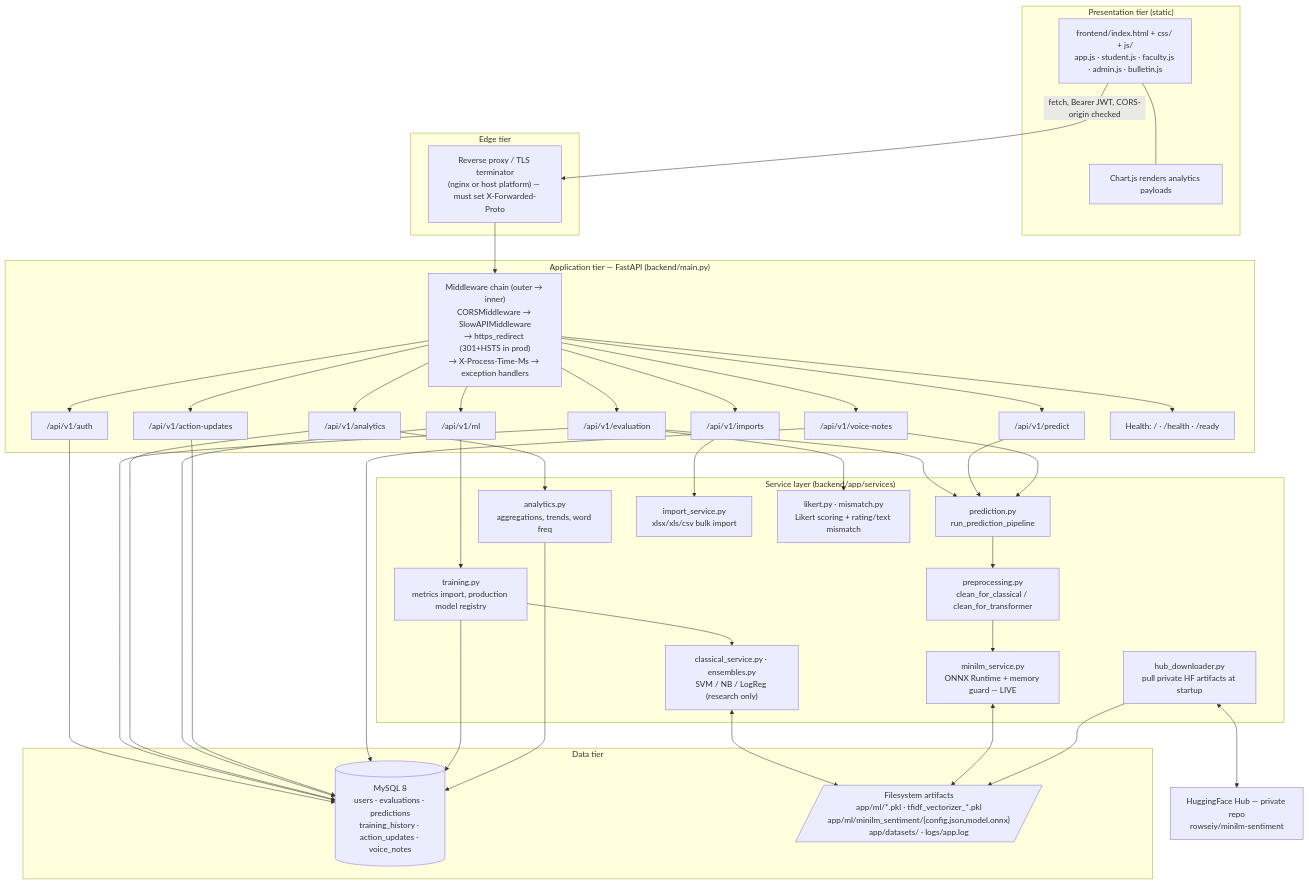
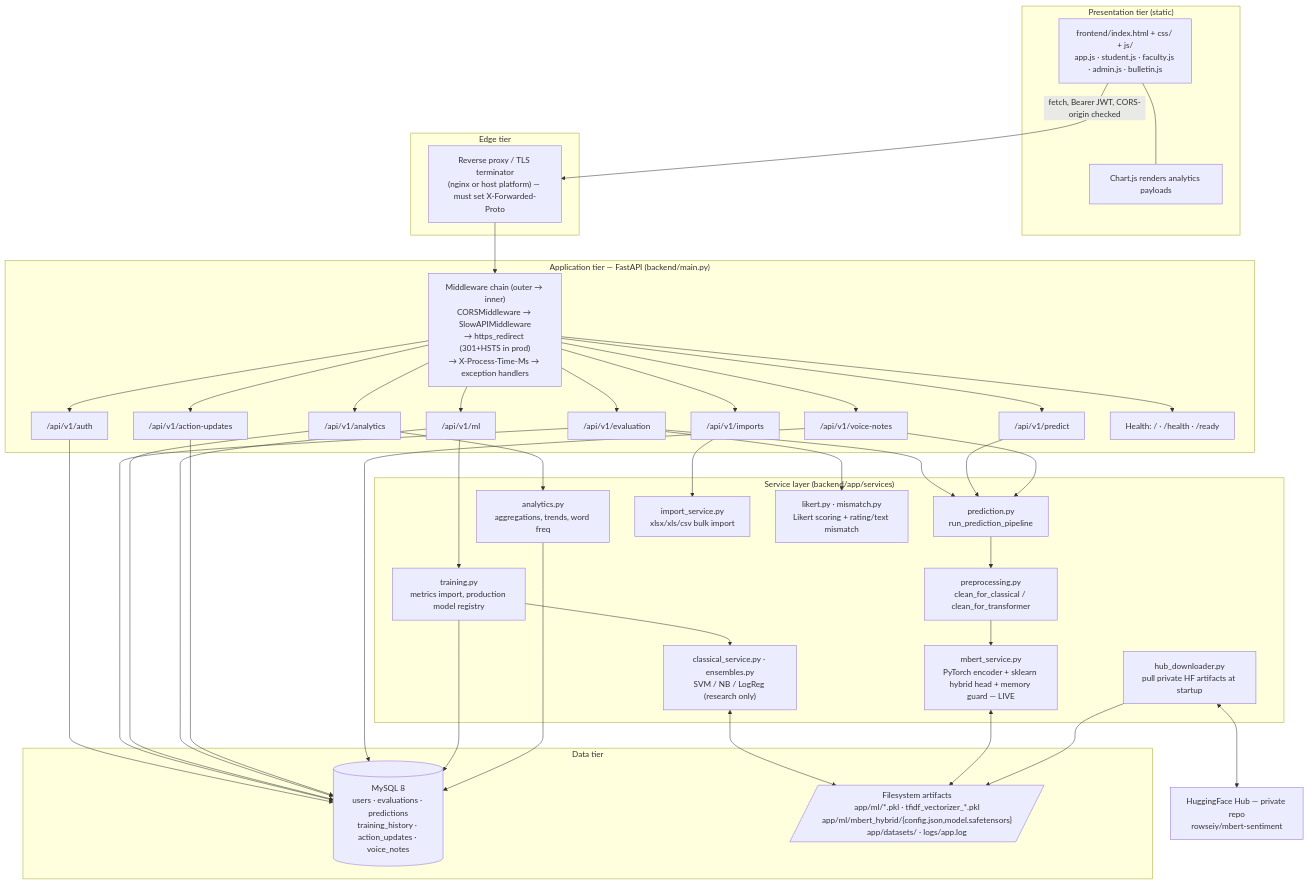
Before and after one commit to rowseiyyyy/Student-Sentiment-Analysis-System: the first of 6 diagrams in SYSTEM_ARCHITECTURE.md, drawn with Mermaid. The commit also changed other lines of this file and 48 other files, not shown here.

First line of the commit message:
Replace Multilingual MiniLM with mBERT Hybrid as the live model

````diff
--- a/SYSTEM_ARCHITECTURE.md
+++ b/SYSTEM_ARCHITECTURE.md
@@ -54,67 +54,67 @@
 ```mermaid
 flowchart TB
     subgraph Client["Presentation tier (static)"]
         UI["frontend/index.html + css/ + js/<br/>app.js · student.js · faculty.js · admin.js · bulletin.js"]
         CHART["Chart.js renders analytics payloads"]
         UI --- CHART
     end
 
     subgraph Edge["Edge tier"]
         RP["Reverse proxy / TLS terminator<br/>(nginx or host platform) — must set X-Forwarded-Proto"]
     end
 
     subgraph API["Application tier — FastAPI (backend/main.py)"]
         MW["Middleware chain (outer → inner)<br/>CORSMiddleware → SlowAPIMiddleware<br/>→ https_redirect (301+HSTS in prod)<br/>→ X-Process-Time-Ms → exception handlers"]
         R1["/api/v1/auth"]
         R2["/api/v1/evaluation"]
         R3["/api/v1/predict"]
         R4["/api/v1/analytics"]
         R5["/api/v1/ml"]
         R6["/api/v1/imports"]
         R7["/api/v1/action-updates"]
         R8["/api/v1/voice-notes"]
         H["Health: / · /health · /ready"]
     end
 
     subgraph SVC["Service layer (backend/app/services)"]
         P["preprocessing.py<br/>clean_for_classical / clean_for_transformer"]
         PL["prediction.py<br/>run_prediction_pipeline"]
-        ML["minilm_service.py<br/>ONNX Runtime + memory guard — LIVE"]
+        ML["mbert_service.py<br/>PyTorch encoder + sklearn hybrid head + memory guard — LIVE"]
         CL["classical_service.py · ensembles.py<br/>SVM / NB / LogReg (research only)"]
         AN["analytics.py<br/>aggregations, trends, word freq"]
         TR["training.py<br/>metrics import, production model registry"]
         IM["import_service.py<br/>xlsx/xls/csv bulk import"]
         LK["likert.py · mismatch.py<br/>Likert scoring + rating/text mismatch"]
         HD["hub_downloader.py<br/>pull private HF artifacts at startup"]
     end
 
     subgraph Data["Data tier"]
         DB[("MySQL 8<br/>users · evaluations · predictions<br/>training_history · action_updates · voice_notes")]
-        FS[/"Filesystem artifacts<br/>app/ml/*.pkl · tfidf_vectorizer_*.pkl<br/>app/ml/minilm_sentiment/{config.json,model.onnx}<br/>app/datasets/ · logs/app.log"/]
+        FS[/"Filesystem artifacts<br/>app/ml/*.pkl · tfidf_vectorizer_*.pkl<br/>app/ml/mbert_hybrid/{config.json,model.safetensors}<br/>app/datasets/ · logs/app.log"/]
     end
 
-    EXT["HuggingFace Hub — private repo<br/>rowseiy/minilm-sentiment"]
+    EXT["HuggingFace Hub — private repo<br/>rowseiy/mbert-sentiment"]
 
     UI -->|fetch, Bearer JWT, CORS-origin checked| RP --> MW
     MW --> R1 & R2 & R3 & R4 & R5 & R6 & R7 & R8 & H
     R2 --> PL
     R3 --> PL
     R8 --> PL
     PL --> P --> ML
     R5 --> TR --> CL
     R4 --> AN
     R6 --> IM
     R2 --> LK
     CL <--> FS
     ML <--> FS
     HD --> FS
     HD <--> EXT
     R1 --> DB
     R2 --> DB
     R4 --> DB
     R5 --> DB
     R7 --> DB
     R8 --> DB
     TR --> DB
     AN --> DB
 ```
````
